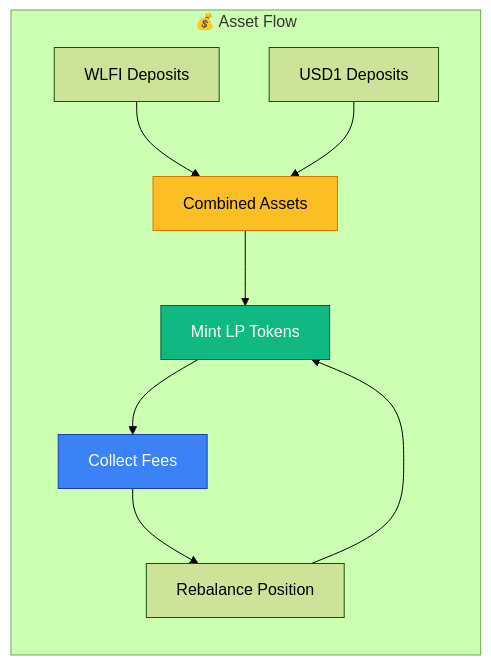
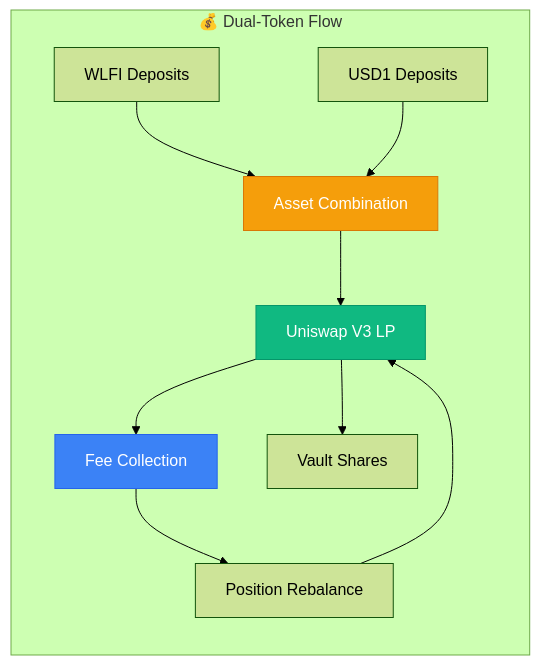
The fourth of 5 diagrams in docs/dev/architecture.md (47-Eagle/docs), drawn with Mermaid (forest theme) before and after one commit. The commit also changed other lines of this file and 2 other files, not shown here.

````diff
--- a/docs/dev/architecture.md
+++ b/docs/dev/architecture.md
@@ -189,22 +355,24 @@
 ```mermaid
 graph LR
-    subgraph "💰 Asset Flow"
+    subgraph "💰 Dual-Token Flow"
         WLFI_IN[WLFI Deposits] 
         USD1_IN[USD1 Deposits]
-        COMBINED[Combined Assets]
-        LP_MINT[Mint LP Tokens]
-        FEES[Collect Fees]
-        REBALANCE[Rebalance Position]
+        COMBINED[Asset Combination]
+        LP_MINT[Uniswap V3 LP]
+        FEES[Fee Collection]
+        REBALANCE[Position Rebalance]
+        SHARES[Vault Shares]
     end
     
     WLFI_IN --> COMBINED
     USD1_IN --> COMBINED
     COMBINED --> LP_MINT
     LP_MINT --> FEES
     FEES --> REBALANCE
     REBALANCE --> LP_MINT
+    LP_MINT --> SHARES
     
-    style COMBINED fill:#fbbf24,stroke:#d97706,color:#000
-    style LP_MINT fill:#10b981,stroke:#065f46,color:#fff
-    style FEES fill:#3b82f6,stroke:#1e40af,color:#fff
+    style COMBINED fill:#f59e0b,stroke:#d97706,color:#fff
+    style LP_MINT fill:#10b981,stroke:#059669,color:#fff
+    style FEES fill:#3b82f6,stroke:#2563eb,color:#fff
 ```
````
